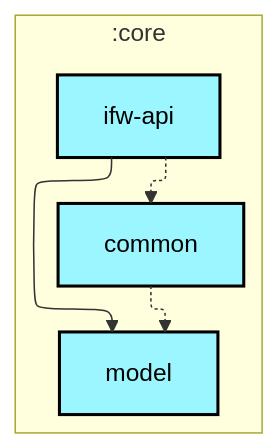
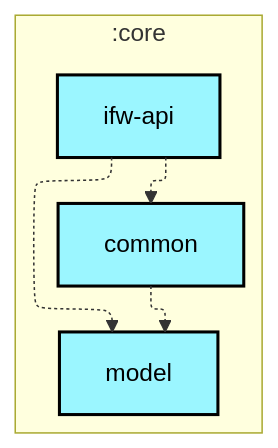
The first of 2 diagrams in core/ifw-api/README.md (lihenggui/blocker), drawn with Mermaid before and after one commit. The commit also changed 30 other files, not shown here.

Commit message:
🤖 Updates graphs

````diff
--- a/core/ifw-api/README.md
+++ b/core/ifw-api/README.md
@@ -6,26 +6,26 @@
 ```mermaid
 ---
 config:
   layout: elk
   elk:
     nodePlacementStrategy: SIMPLE
 ---
 graph TB
   subgraph :core
     direction TB
     :core:common[common]:::android-library
     :core:ifw-api[ifw-api]:::android-library
     :core:model[model]:::android-library
   end
 
   :core:common -.-> :core:model
   :core:ifw-api -.-> :core:common
-  :core:ifw-api --> :core:model
+  :core:ifw-api -.-> :core:model
 
 classDef android-application fill:#CAFFBF,stroke:#000,stroke-width:2px,color:#000;
 classDef android-feature fill:#FFD6A5,stroke:#000,stroke-width:2px,color:#000;
 classDef android-library fill:#9BF6FF,stroke:#000,stroke-width:2px,color:#000;
 classDef android-test fill:#A0C4FF,stroke:#000,stroke-width:2px,color:#000;
 classDef jvm-library fill:#BDB2FF,stroke:#000,stroke-width:2px,color:#000;
 classDef unknown fill:#FFADAD,stroke:#000,stroke-width:2px,color:#000;
 ```
````
